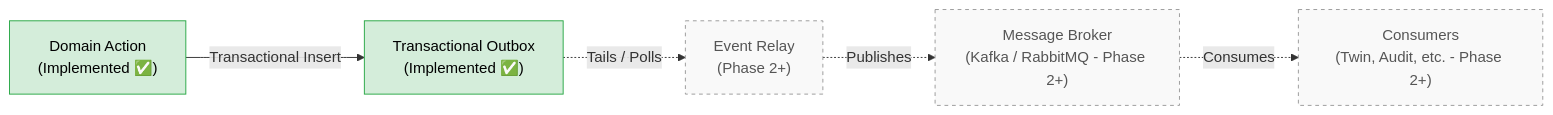
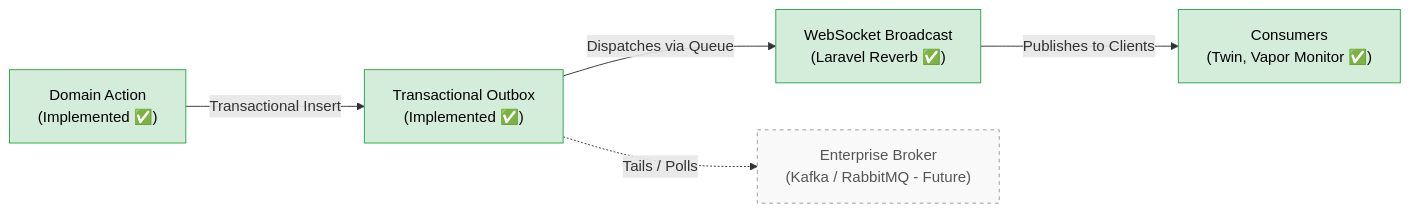
One commit to h-builds/nexus-wms changed the fourth of 5 diagrams in README.md. Above: the diagram before and after it, drawn with Mermaid. The commit also changed other lines of this file, not shown here.

Commit message:
docs(readme): update diagrams, surfaces, and testing achievements for Phase 4

````diff
--- a/README.md
+++ b/README.md
@@ -167,16 +167,16 @@
 ```mermaid
 flowchart LR
     classDef current fill:#d4edda,stroke:#28a745,color:#000
     classDef future fill:#f9f9f9,stroke:#999,stroke-dasharray: 4 4,color:#555
 
     Action["Domain Action\n(Implemented ✅)"]:::current
     Outbox["Transactional Outbox\n(Implemented ✅)"]:::current
-    Relay["Event Relay\n(Phase 2+)"]:::future
-    Bus["Message Broker\n(Kafka / RabbitMQ - Phase 2+)"]:::future
-    Consumers["Consumers\n(Twin, Audit, etc. - Phase 2+)"]:::future
+    Relay["WebSocket Broadcast\n(Laravel Reverb ✅)"]:::current
+    Consumers["Consumers\n(Twin, Vapor Monitor ✅)"]:::current
+    Bus["Enterprise Broker\n(Kafka / RabbitMQ - Future)"]:::future
 
     Action -->|Transactional Insert| Outbox
-    Outbox -.->|Tails / Polls| Relay
-    Relay -.->|Publishes| Bus
-    Bus -.->|Consumes| Consumers
+    Outbox -->|Dispatches via Queue| Relay
+    Relay -->|Publishes to Clients| Consumers
+    Outbox -.->|Tails / Polls| Bus
 ```
````
